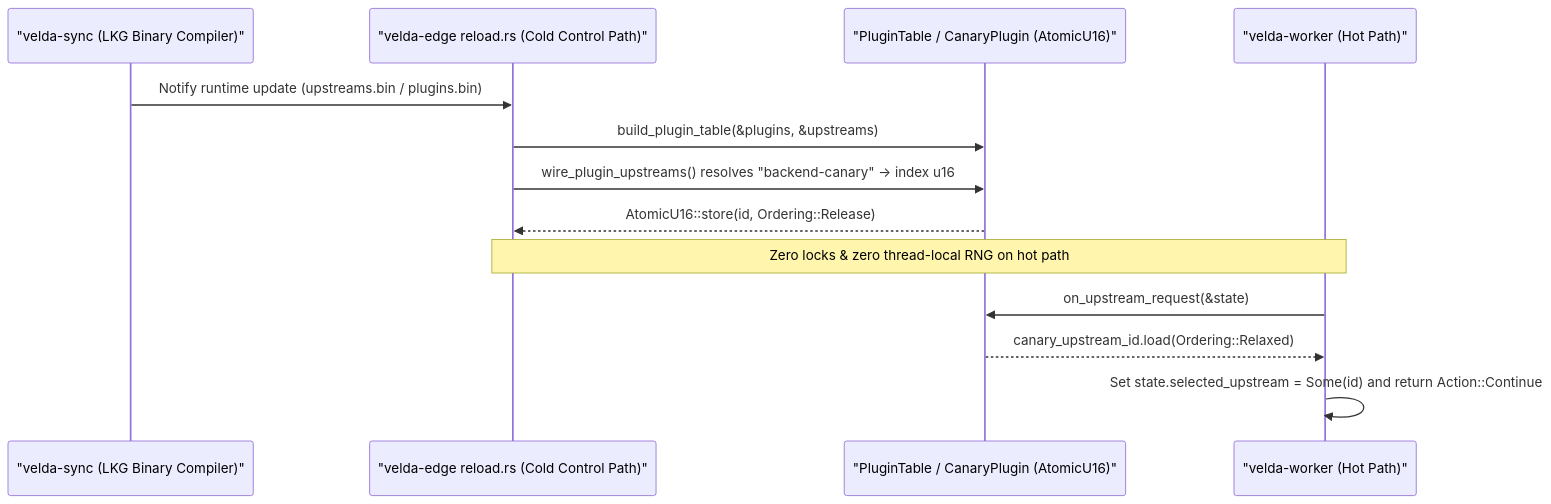
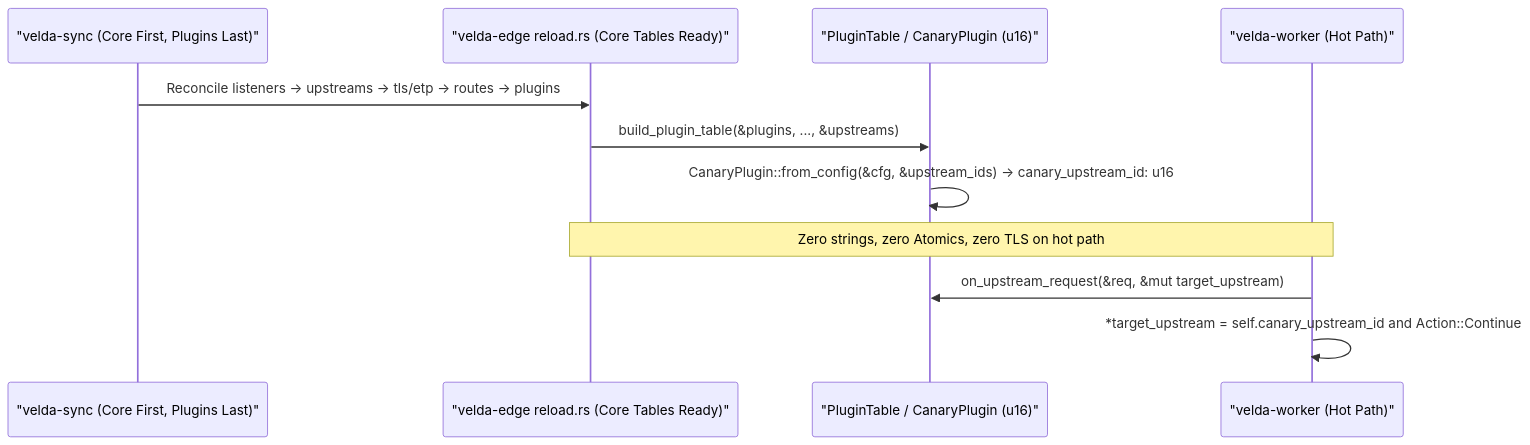
One commit to phucle996/velda-edge changed the second of 2 diagrams in crates/velda-plugin/src/pre_upstream/canary/ARCHITECTURE.md. Above: the diagram before and after it, drawn with Mermaid. The commit also changed other lines of this file and 4 other files, not shown here.

Commit message:
docs(canary): update design, runbook, tests, and ASM metrics for plain u16 core-first flow

````diff
--- a/crates/velda-plugin/src/pre_upstream/canary/ARCHITECTURE.md
+++ b/crates/velda-plugin/src/pre_upstream/canary/ARCHITECTURE.md
@@ -25,16 +25,14 @@
 ```mermaid
 sequenceDiagram
-    participant Sync as "velda-sync (LKG Binary Compiler)"
-    participant Reload as "velda-edge reload.rs (Cold Control Path)"
-    participant Table as "PluginTable / CanaryPlugin (AtomicU16)"
+    participant Sync as "velda-sync (Core First, Plugins Last)"
+    participant Reload as "velda-edge reload.rs (Core Tables Ready)"
+    participant Table as "PluginTable / CanaryPlugin (u16)"
     participant Worker as "velda-worker (Hot Path)"
 
-    Sync->>Reload: Notify runtime update (upstreams.bin / plugins.bin)
-    Reload->>Table: build_plugin_table(&plugins, &upstreams)
-    Reload->>Table: wire_plugin_upstreams() resolves "backend-canary" -> index u16
-    Table-->>Reload: AtomicU16::store(id, Ordering::Release)
-    Note over Reload,Worker: Zero locks & zero thread-local RNG on hot path
-    Worker->>Table: on_upstream_request(&state)
-    Table-->>Worker: canary_upstream_id.load(Ordering::Relaxed)
-    Worker->>Worker: Set state.selected_upstream = Some(id) and return Action::Continue
+    Sync->>Reload: Reconcile listeners -> upstreams -> tls/etp -> routes -> plugins
+    Reload->>Table: build_plugin_table(&plugins, ..., &upstreams)
+    Table->>Table: CanaryPlugin::from_config(&cfg, &upstream_ids) -> canary_upstream_id: u16
+    Note over Reload,Worker: Zero strings, zero Atomics, zero TLS on hot path
+    Worker->>Table: on_upstream_request(&req, &mut target_upstream)
+    Worker->>Worker: *target_upstream = self.canary_upstream_id and Action::Continue
 ```
````
